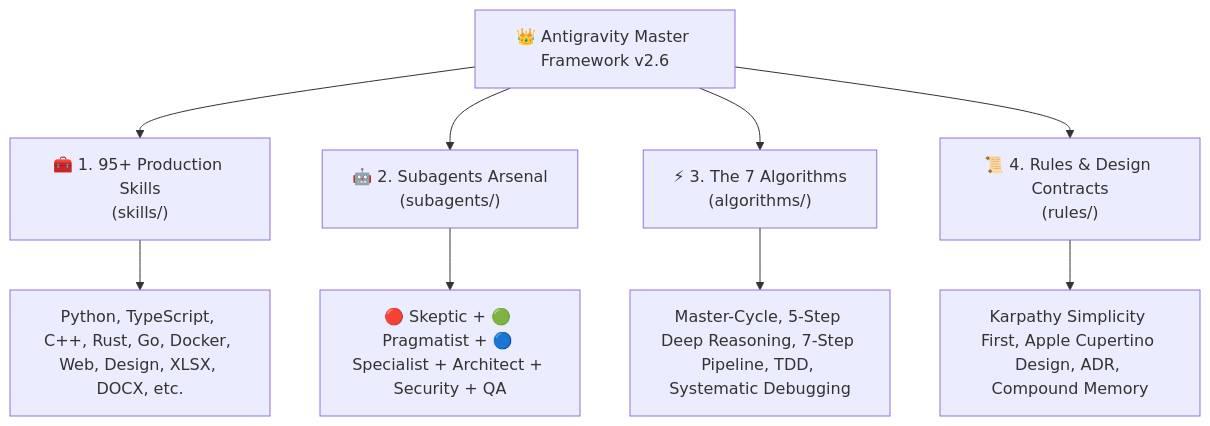
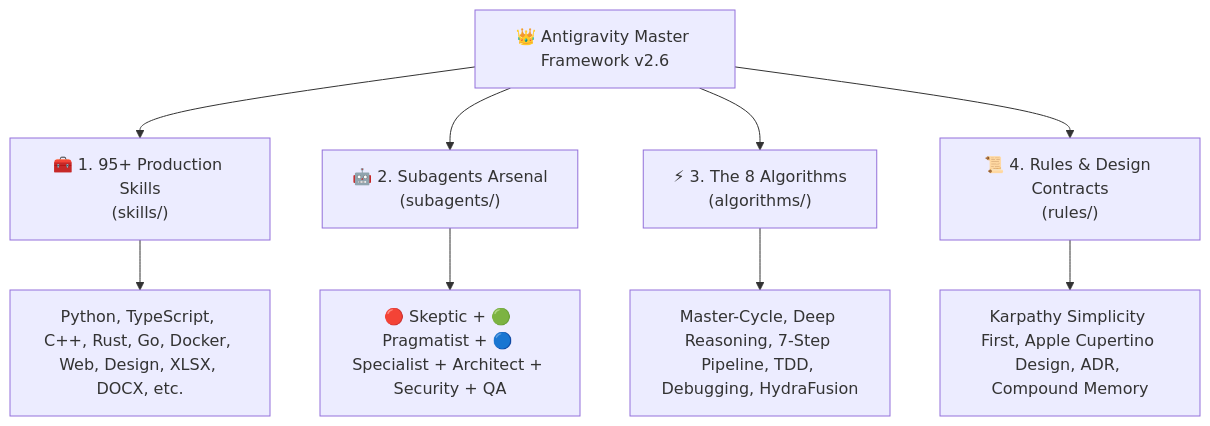
The first of 2 diagrams in README.md (MortuisVMain/antigravity-master-framework), drawn with Mermaid before and after one commit. The commit also changed other lines of this file, not shown here.

Commit message:
docs: update README.md with Algorithm 08 HydraFusion Orchestrator

````diff
--- a/README.md
+++ b/README.md
@@ -16,12 +16,12 @@
 ```mermaid
 flowchart TD
     Hub["👑 Antigravity Master Framework v2.6"] --> S["🧰 1. 95+ Production Skills<br/>(skills/)"]
     Hub --> A["🤖 2. Subagents Arsenal<br/>(subagents/)"]
-    Hub --> Alg["⚡ 3. The 7 Algorithms<br/>(algorithms/)"]
+    Hub --> Alg["⚡ 3. The 8 Algorithms<br/>(algorithms/)"]
     Hub --> R["📜 4. Rules & Design Contracts<br/>(rules/)"]
 
     S --> S1["Python, TypeScript, C++, Rust, Go, Docker, Web, Design, XLSX, DOCX, etc."]
     A --> A1["🔴 Skeptic + 🟢 Pragmatist + 🔵 Specialist + Architect + Security + QA"]
-    Alg --> Alg1["Master-Cycle, 5-Step Deep Reasoning, 7-Step Pipeline, TDD, Systematic Debugging"]
+    Alg --> Alg1["Master-Cycle, Deep Reasoning, 7-Step Pipeline, TDD, Debugging, HydraFusion"]
     R --> R1["Karpathy Simplicity First, Apple Cupertino Design, ADR, Compound Memory"]
 ```
````
